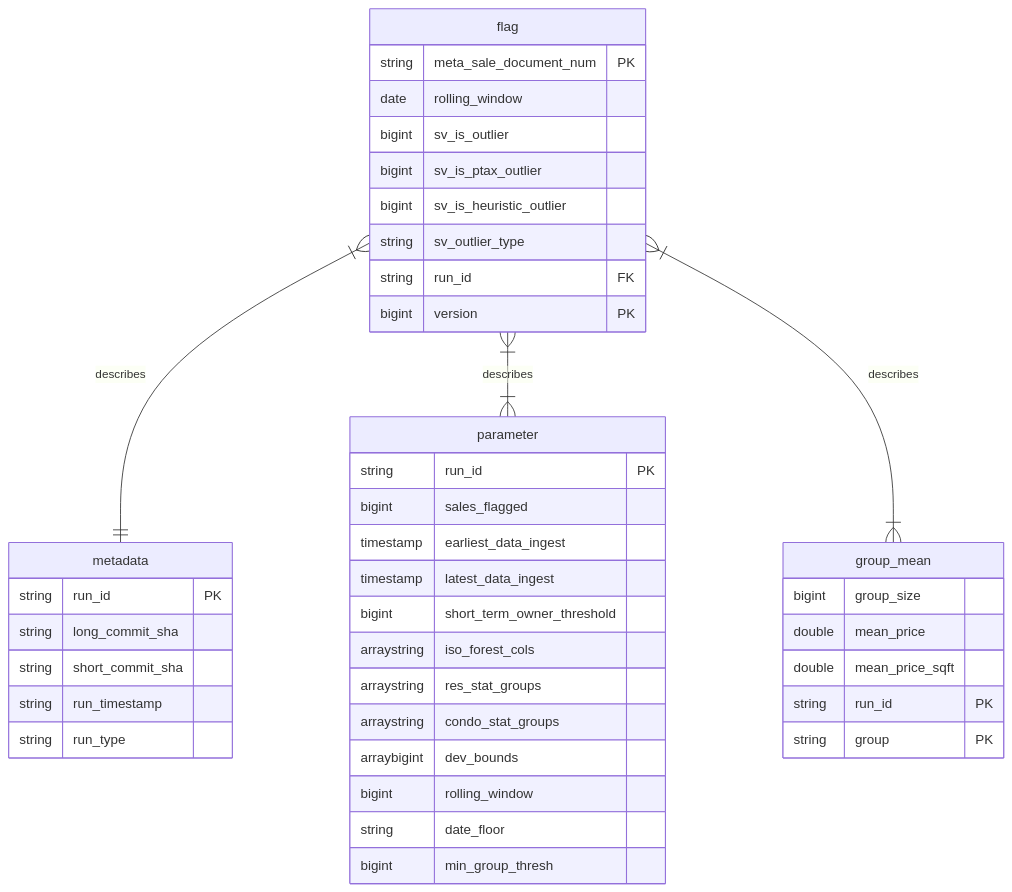
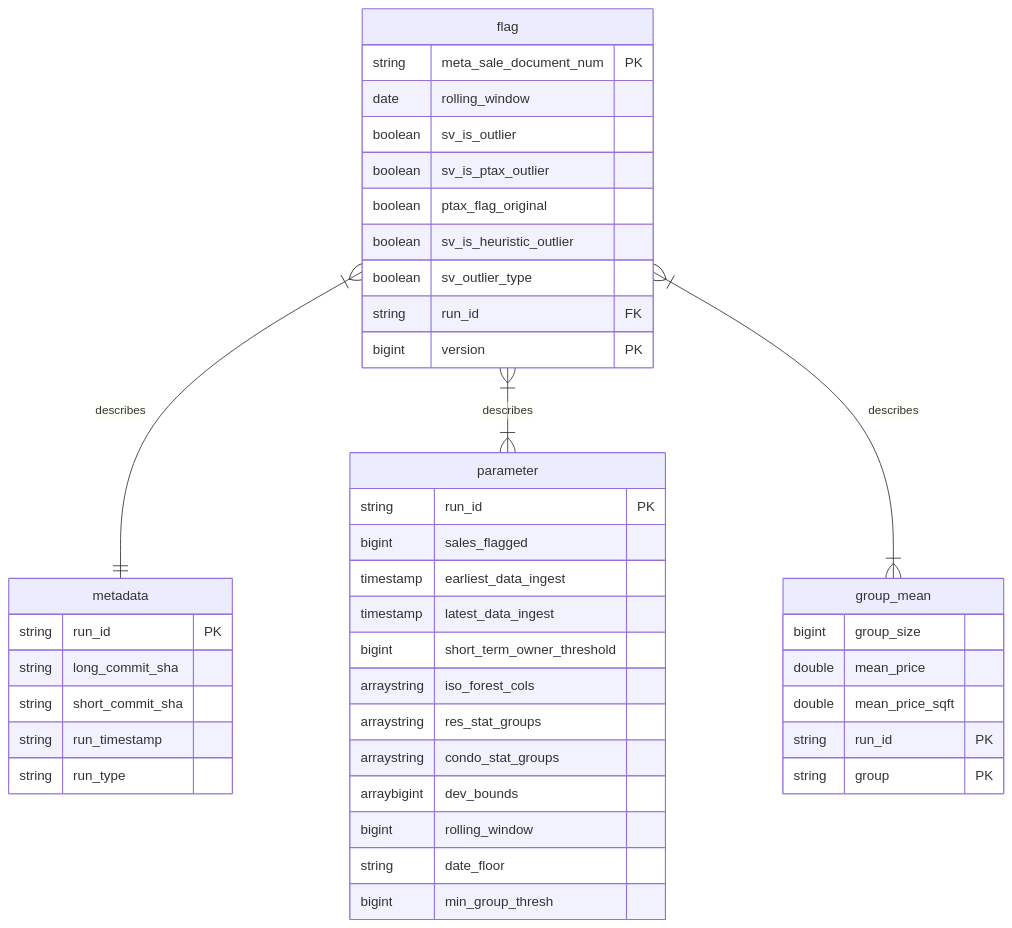
Before and after one commit to ccao-data/model-sales-val: the second of 2 diagrams in README.md, drawn with Mermaid. The commit also changed 1 other file, not shown here.

Commit message:
Switch is columns from 01 to boolean (#59)
* Test to see if removing assign reverts all columns to booleans

* Fix assign statements

* Remove np.where from assign

* Update readme

* Update table docs

````diff
--- a/README.md
+++ b/README.md
@@ -58,47 +58,48 @@
 ```mermaid
 erDiagram
     flag }|--|| metadata : describes
     flag }|--|{ parameter : describes
     flag }|--|{ group_mean : describes
 
     flag {
         string meta_sale_document_num PK
         date rolling_window
-        bigint sv_is_outlier
-        bigint sv_is_ptax_outlier
-        bigint sv_is_heuristic_outlier
-        string sv_outlier_type
+        boolean sv_is_outlier
+        boolean sv_is_ptax_outlier
+        boolean ptax_flag_original
+        boolean sv_is_heuristic_outlier
+        boolean sv_outlier_type
         string run_id FK
         bigint version PK
 
     }
     metadata {
         string run_id PK
         string long_commit_sha
         string short_commit_sha
         string run_timestamp
         string run_type
     }
     parameter {
         string run_id PK
         bigint sales_flagged
         timestamp earliest_data_ingest
         timestamp latest_data_ingest
         bigint short_term_owner_threshold
         arraystring iso_forest_cols
         arraystring res_stat_groups
         arraystring condo_stat_groups
         arraybigint dev_bounds
         bigint rolling_window
         string date_floor
         bigint min_group_thresh
     }
 
     group_mean {
         bigint group_size
         double mean_price
         double mean_price_sqft
         string run_id PK
         string group PK
     }
 ```
````
